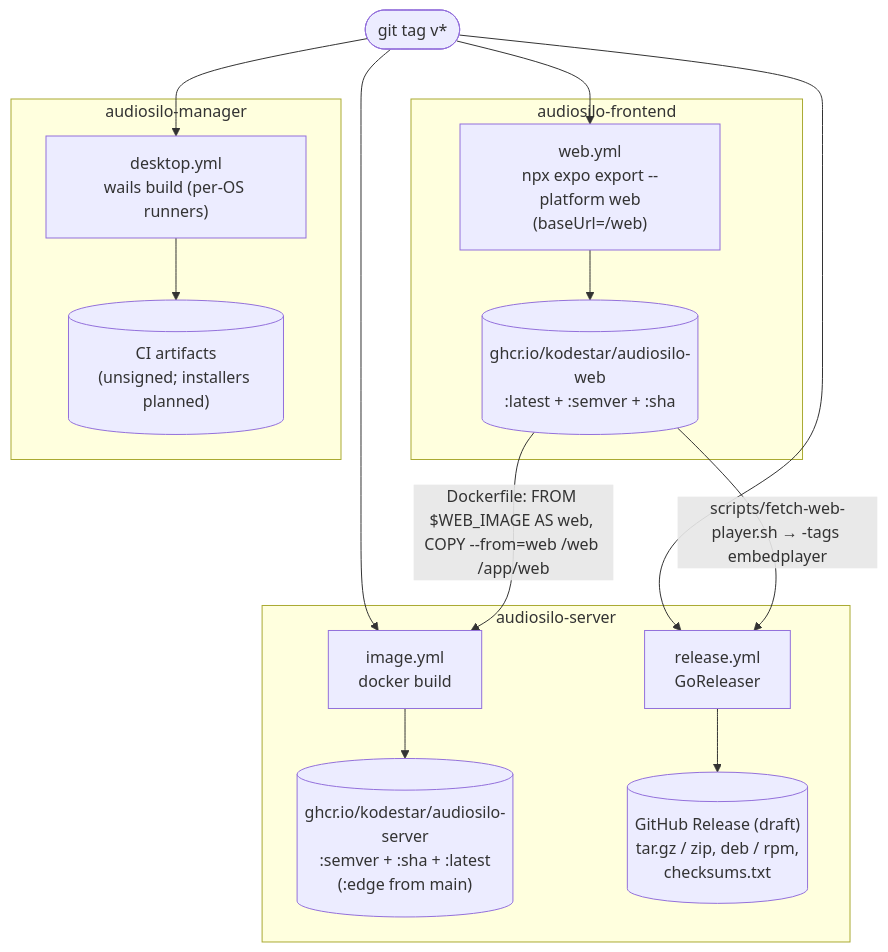
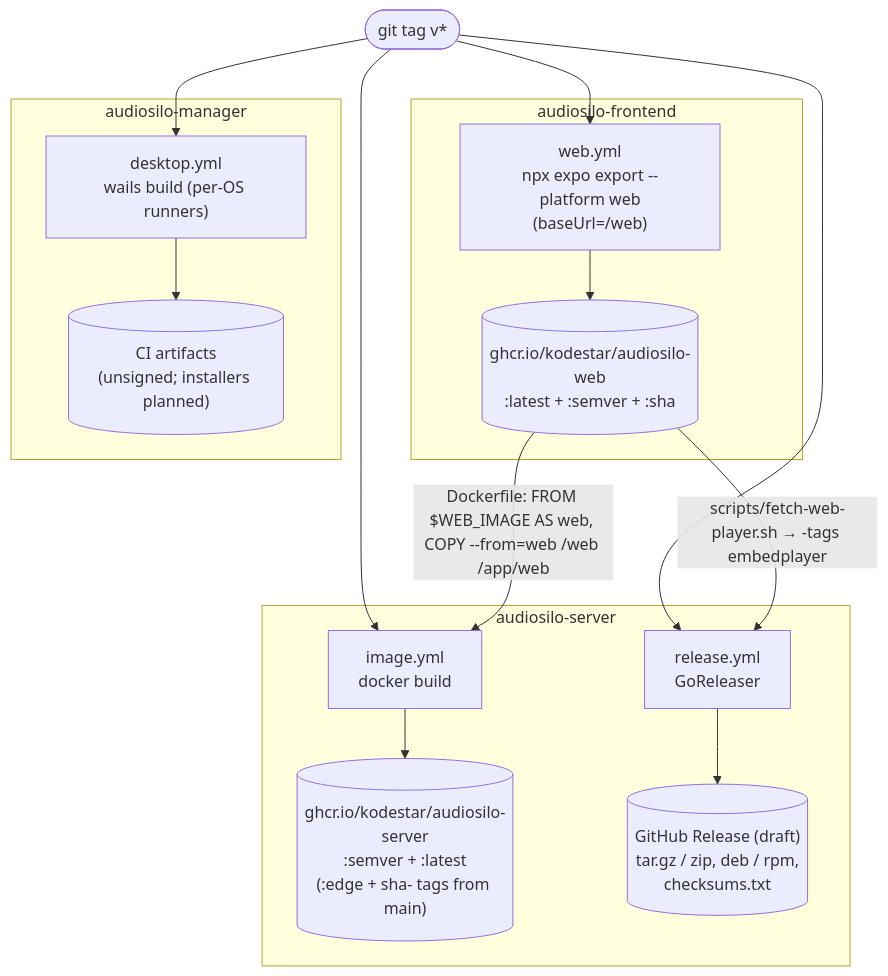
One commit to KodeStar/audiosilo-docs changed the diagram in docs-developers/architecture/release-pipeline.md. Above: the diagram before and after it, drawn with Mermaid. The commit also changed other lines of this file and 5 other files, not shown here.

Commit message:
Docs: release images carry no sha- tag; edge stamps dev-<short sha>

````diff
--- a/docs-developers/architecture/release-pipeline.md
+++ b/docs-developers/architecture/release-pipeline.md
@@ -21,32 +21,32 @@
 ```mermaid
 flowchart TB
     tag(["git tag v*"])
 
     subgraph fe["audiosilo-frontend"]
         webyml["web.yml<br/>npx expo export --platform web<br/>(baseUrl=/web)"]
         webimg[("ghcr.io/kodestar/audiosilo-web<br/>:latest + :semver + :sha")]
         webyml --> webimg
     end
 
     subgraph srv["audiosilo-server"]
         imageyml["image.yml<br/>docker build"]
-        srvimg[("ghcr.io/kodestar/audiosilo-server<br/>:semver + :sha + :latest<br/>(:edge from main)")]
+        srvimg[("ghcr.io/kodestar/audiosilo-server<br/>:semver + :latest<br/>(:edge + sha- tags from main)")]
         relyml["release.yml<br/>GoReleaser"]
         ghrel[("GitHub Release (draft)<br/>tar.gz / zip, deb / rpm,<br/>checksums.txt")]
         imageyml --> srvimg
         relyml --> ghrel
     end
 
     subgraph mgr["audiosilo-manager"]
         desktopyml["desktop.yml<br/>wails build (per-OS runners)"]
         artifacts[("CI artifacts<br/>(unsigned; installers planned)")]
         desktopyml --> artifacts
     end
 
     tag --> webyml
     tag --> imageyml
     tag --> relyml
     tag --> desktopyml
     webimg -->|"Dockerfile: FROM $WEB_IMAGE AS web, COPY --from=web /web /app/web"| imageyml
     webimg -->|"scripts/fetch-web-player.sh → -tags embedplayer"| relyml
 ```
````
